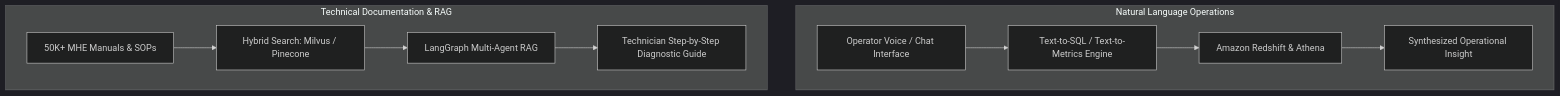
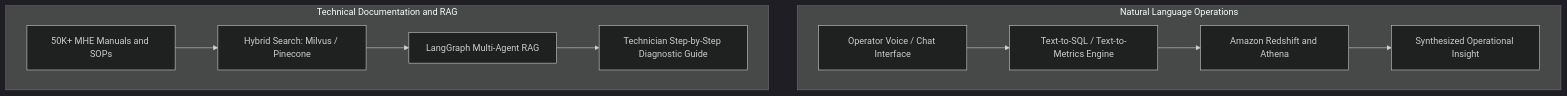
One commit to Prateek-N/preprationstuff changed the sixth of 7 diagrams in haritha_part1.md. Above: the diagram before and after it, drawn with Mermaid (dark theme). The commit also changed other lines of this file and 5 other files, not shown here.

Commit message:
Fix Mermaid diagram syntax in System 2 flow and quote all node labels for Mermaid 11.x

````diff
--- a/haritha_part1.md
+++ b/haritha_part1.md
@@ -293,13 +295,13 @@
 ```mermaid
 flowchart TD
-    subgraph Natural Language Operations
-        A[Operator Voice / Chat Interface] --> B[Text-to-SQL / Text-to-Metrics Engine]
-        B --> C[Amazon Redshift & Athena]
-        C --> D[Synthesized Operational Insight]
+    subgraph "Natural Language Operations"
+        A["Operator Voice / Chat Interface"] --> B["Text-to-SQL / Text-to-Metrics Engine"]
+        B --> C["Amazon Redshift and Athena"]
+        C --> D["Synthesized Operational Insight"]
     end
-    subgraph Technical Documentation & RAG
-        E[50K+ MHE Manuals & SOPs] --> F[Hybrid Search: Milvus / Pinecone]
-        F --> G[LangGraph Multi-Agent RAG]
-        G --> H[Technician Step-by-Step Diagnostic Guide]
+    subgraph "Technical Documentation and RAG"
+        E["50K+ MHE Manuals and SOPs"] --> F["Hybrid Search: Milvus / Pinecone"]
+        F --> G["LangGraph Multi-Agent RAG"]
+        G --> H["Technician Step-by-Step Diagnostic Guide"]
     end
 ```
````
